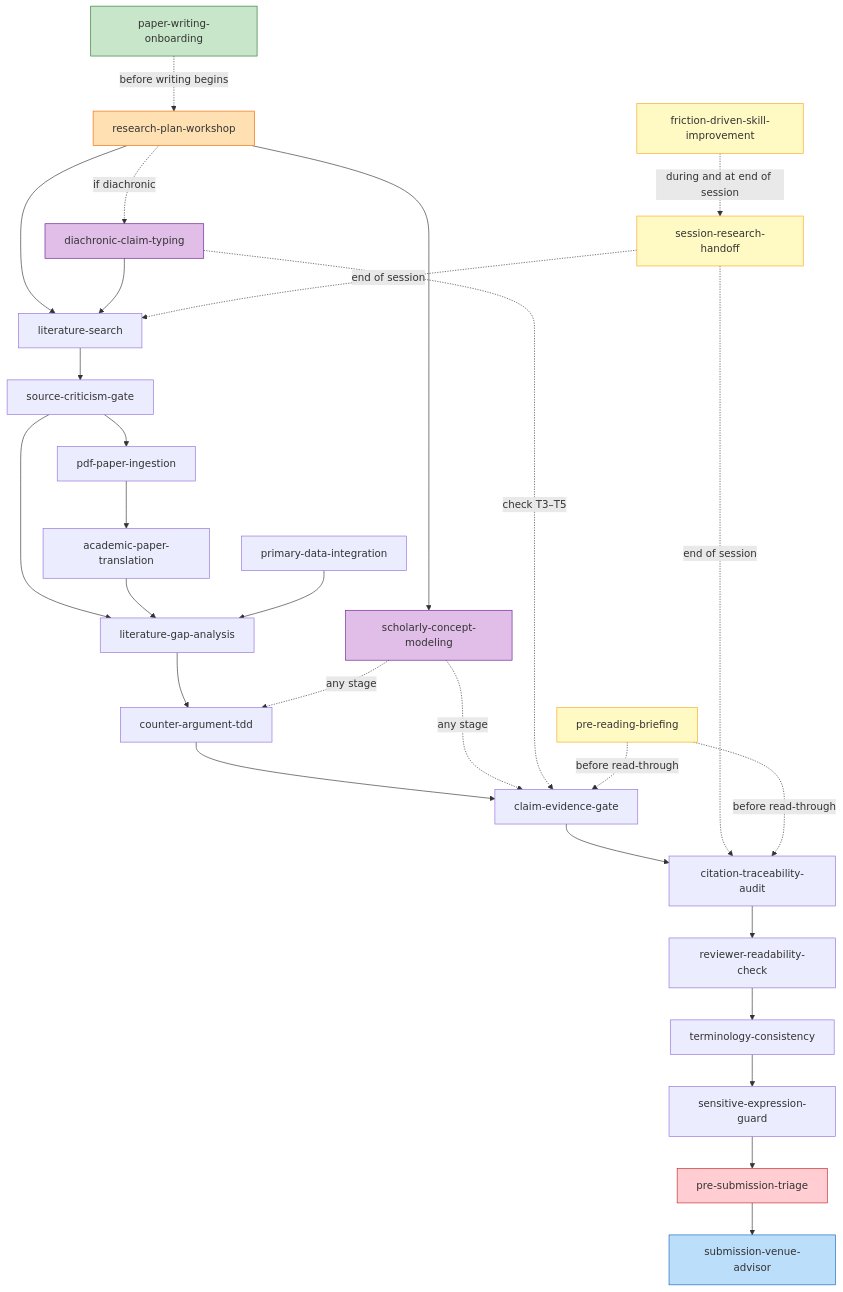
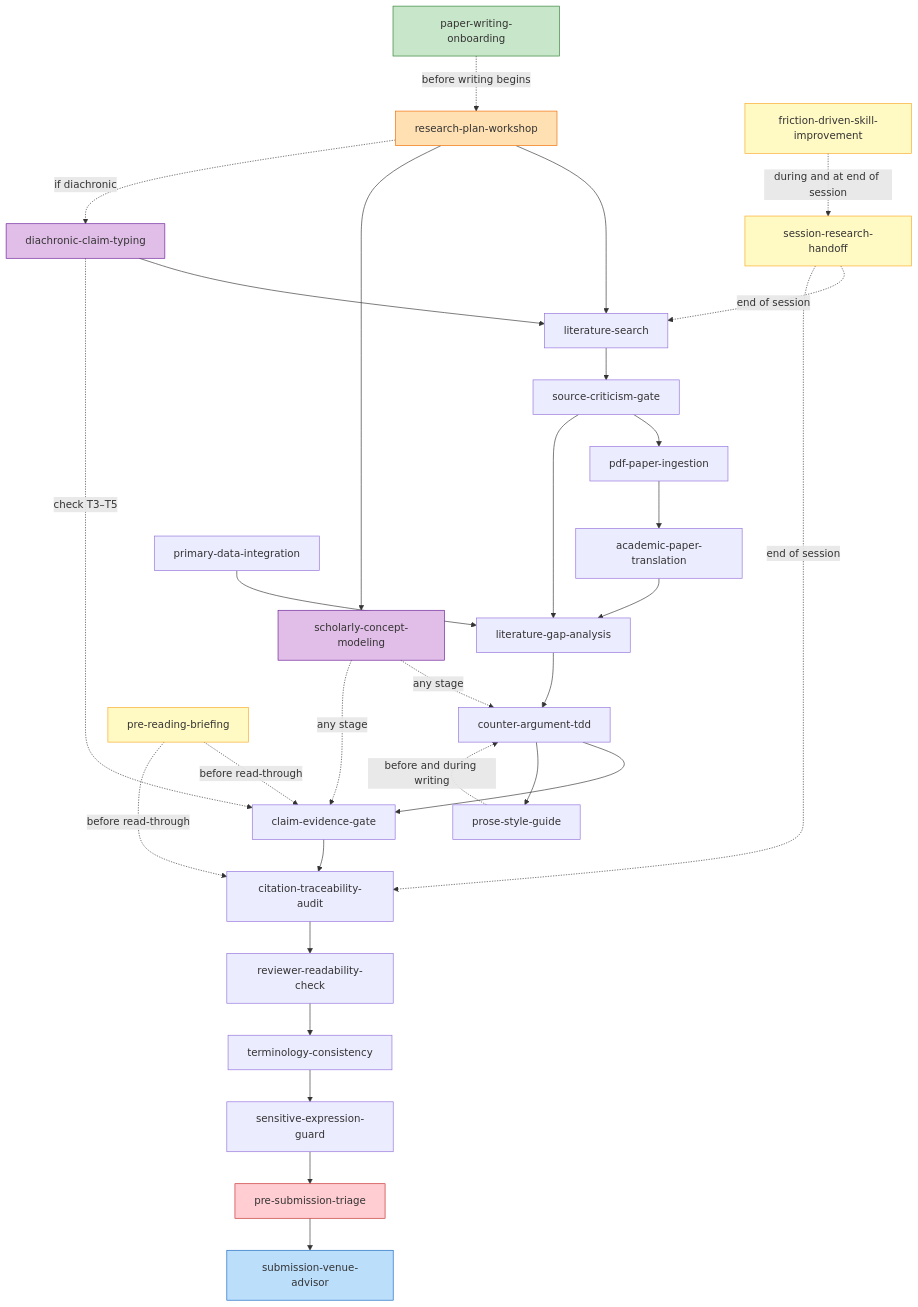
One commit to hideshi/scholarly-agent-skills changed the diagram in skills/en/README.md. Above: the diagram before and after it, drawn with Mermaid. The commit also changed other lines of this file and 3 other files, not shown here.

First line of the commit message:
査読者向け文体を執筆中に自律維持する prose-style-guide スキルを追加する

````diff
--- a/skills/en/README.md
+++ b/skills/en/README.md
@@ -40,41 +41,43 @@
 ```mermaid
 graph TD
     K[paper-writing-onboarding] -.->|before writing begins| RP
     RP[research-plan-workshop] --> A
     RP --> F
     RP -.->|if diachronic| DCT[diachronic-claim-typing]
     DCT --> A
     A[literature-search] --> SC[source-criticism-gate]
     SC --> B[pdf-paper-ingestion]
     B --> C[academic-paper-translation]
     SC --> E[literature-gap-analysis]
     C --> E
     D[primary-data-integration] --> E
     E --> G[counter-argument-tdd]
     G --> H[claim-evidence-gate]
     H --> I[citation-traceability-audit]
     I --> RR[reviewer-readability-check]
     RR --> TC[terminology-consistency]
     TC --> SE[sensitive-expression-guard]
     SE --> PT[pre-submission-triage]
     PT --> L[submission-venue-advisor]
+    G --> PS[prose-style-guide]
+    PS -.->|before and during writing| G
 
     F[scholarly-concept-modeling] -.->|any stage| G
     F -.->|any stage| H
     DCT -.->|check T3–T5| H
     J[session-research-handoff] -.->|end of session| A
     J -.->|end of session| I
     PR[pre-reading-briefing] -.->|before read-through| H
     PR -.->|before read-through| I
     FD[friction-driven-skill-improvement] -.->|during and at end of session| J
 
     style K fill:#c8e6c9,stroke:#2e7d32
     style RP fill:#ffe0b2,stroke:#ef6c00
     style F fill:#e1bee7,stroke:#6a1b9a
     style DCT fill:#e1bee7,stroke:#6a1b9a
     style J fill:#fff9c4,stroke:#f9a825
     style PR fill:#fff9c4,stroke:#f9a825
     style FD fill:#fff9c4,stroke:#f9a825
     style PT fill:#ffcdd2,stroke:#c62828
     style L fill:#bbdefb,stroke:#1565c0
 ```
````
